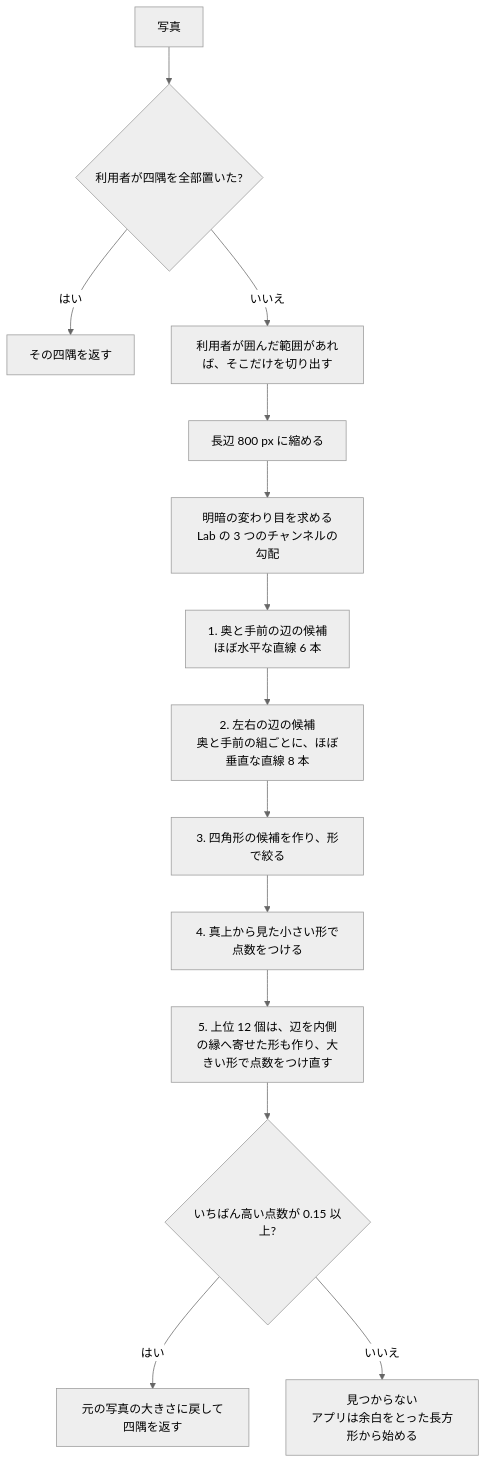
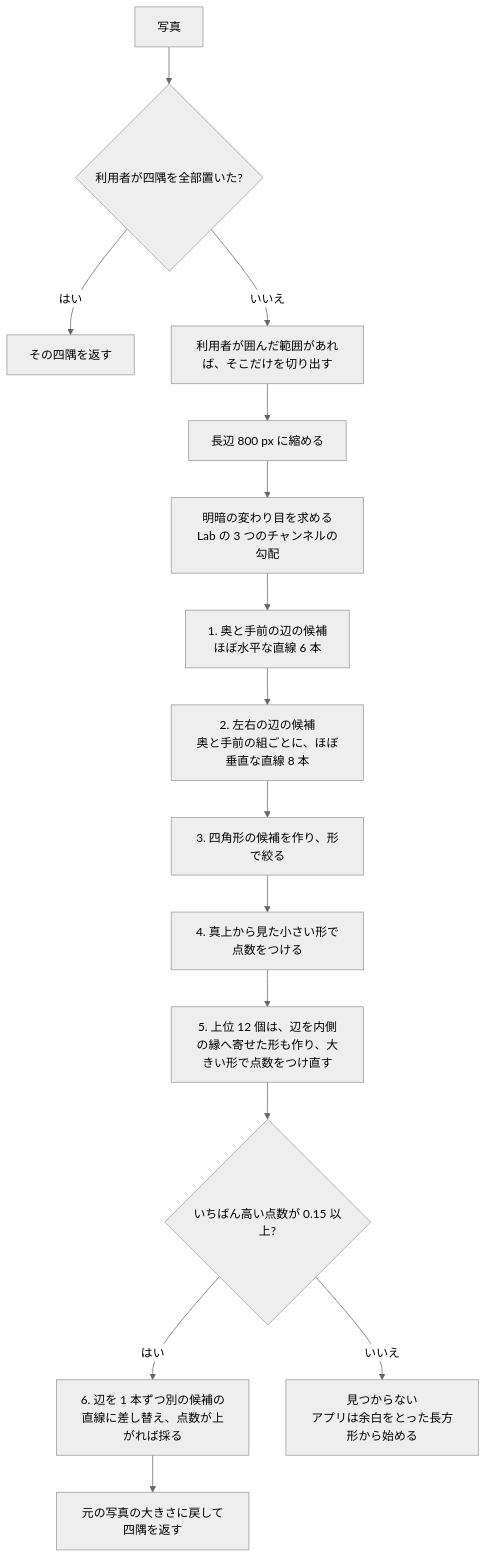
The first of 6 diagrams in docs/corners.md (ytani01/bganalyzer), drawn with Mermaid (neutral theme) before and after one commit. The commit also changed other lines of this file and 15 other files, not shown here.

````diff
--- a/docs/corners.md
+++ b/docs/corners.md
@@ -20,16 +20,17 @@
 ```mermaid
 flowchart TD
   A[写真] --> B{利用者が四隅を全部置いた?}
   B -- はい --> Z[その四隅を返す]
   B -- いいえ --> C[利用者が囲んだ範囲があれば、そこだけを切り出す]
   C --> D[長辺 800 px に縮める]
   D --> E[明暗の変わり目を求める<br/>Lab の 3 つのチャンネルの勾配]
   E --> F[1. 奥と手前の辺の候補<br/>ほぼ水平な直線 6 本]
   F --> G[2. 左右の辺の候補<br/>奥と手前の組ごとに、ほぼ垂直な直線 8 本]
   G --> H[3. 四角形の候補を作り、形で絞る]
   H --> I[4. 真上から見た小さい形で点数をつける]
   I --> J[5. 上位 12 個は、辺を内側の縁へ寄せた形も作り、大きい形で点数をつけ直す]
   J --> K{いちばん高い点数が 0.15 以上?}
-  K -- はい --> L[元の写真の大きさに戻して四隅を返す]
+  K -- はい --> M[6. 辺を 1 本ずつ別の候補の直線に差し替え、点数が上がれば採る]
+  M --> L[元の写真の大きさに戻して四隅を返す]
   K -- いいえ --> N[見つからない<br/>アプリは余白をとった長方形から始める]
 ```
````
